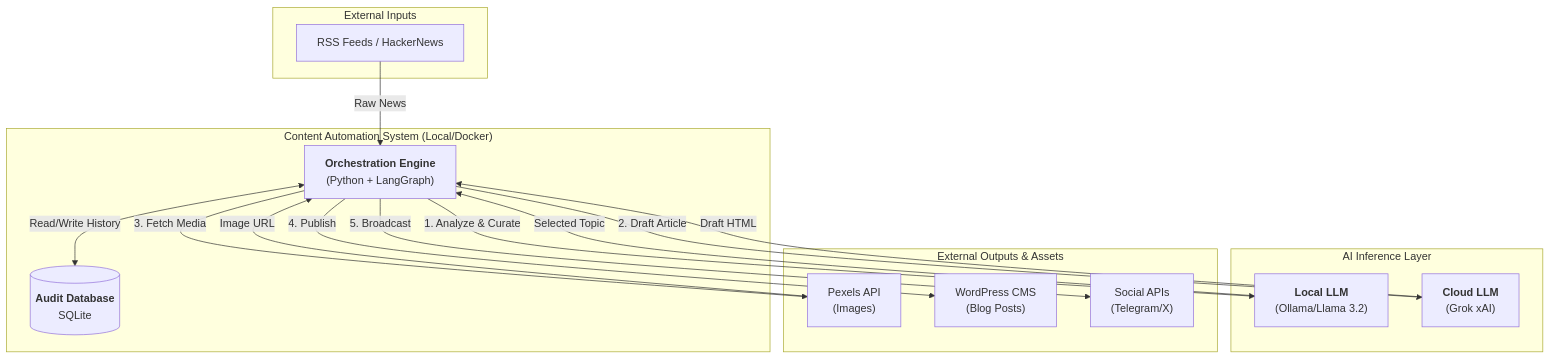
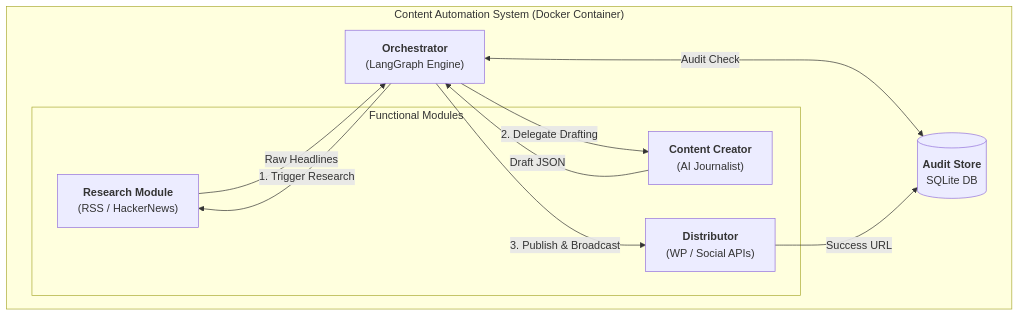
One commit to hahuint/Content-Automation-Agent changed the second of 3 diagrams in architecture.md. Above: the diagram before and after it, drawn with Mermaid. The commit also changed other lines of this file, not shown here.

Commit message:
docs: simplify container diagram for better clarity

````diff
--- a/architecture.md
+++ b/architecture.md
@@ -36,34 +36,22 @@
 ```mermaid
 graph TD
-    subgraph "External Inputs"
-        RSS["RSS Feeds / HackerNews"]
-    end
-
-    subgraph "Content Automation System (Local/Docker)"
-        ORCH["<b>Orchestration Engine</b><br/>(Python + LangGraph)"]
-        DB[(<b>Audit Database</b><br/>SQLite)]
-    end
-
-    subgraph "AI Inference Layer"
-        OLLAMA["<b>Local LLM</b><br/>(Ollama/Llama 3.2)"]
-        GROK["<b>Cloud LLM</b><br/>(Grok xAI)"]
-    end
-
-    subgraph "External Outputs & Assets"
-        PEXELS["Pexels API<br/>(Images)"]
-        WP["WordPress CMS<br/>(Blog Posts)"]
-        SOCIAL["Social APIs<br/>(Telegram/X)"]
+    subgraph "Content Automation System (Docker Container)"
+        ORCH["<b>Orchestrator</b><br/>(LangGraph Engine)"]
+        DB[("<b>Audit Store</b><br/>SQLite DB")]
+        
+        subgraph "Functional Modules"
+            RESEARCH["<b>Research Module</b><br/>(RSS / HackerNews)"]
+            WRITER["<b>Content Creator</b><br/>(AI Journalist)"]
+            DIST["<b>Distributor</b><br/>(WP / Social APIs)"]
+        end
     end
 
     %% Flow
-    RSS -->|Raw News| ORCH
-    ORCH <-->|Read/Write History| DB
-    ORCH -->|1. Analyze & Curate| OLLAMA
-    OLLAMA -->|Selected Topic| ORCH
-    ORCH -->|2. Draft Article| GROK
-    GROK -->|Draft HTML| ORCH
-    ORCH -->|3. Fetch Media| PEXELS
-    PEXELS -->|Image URL| ORCH
-    ORCH -->|4. Publish| WP
-    ORCH -->|5. Broadcast| SOCIAL
+    ORCH <-->|Audit Check| DB
+    ORCH -->|1. Trigger Research| RESEARCH
+    RESEARCH -->|Raw Headlines| ORCH
+    ORCH -->|2. Delegate Drafting| WRITER
+    WRITER -->|Draft JSON| ORCH
+    ORCH -->|3. Publish & Broadcast| DIST
+    DIST -->|Success URL| DB
 ```
````
